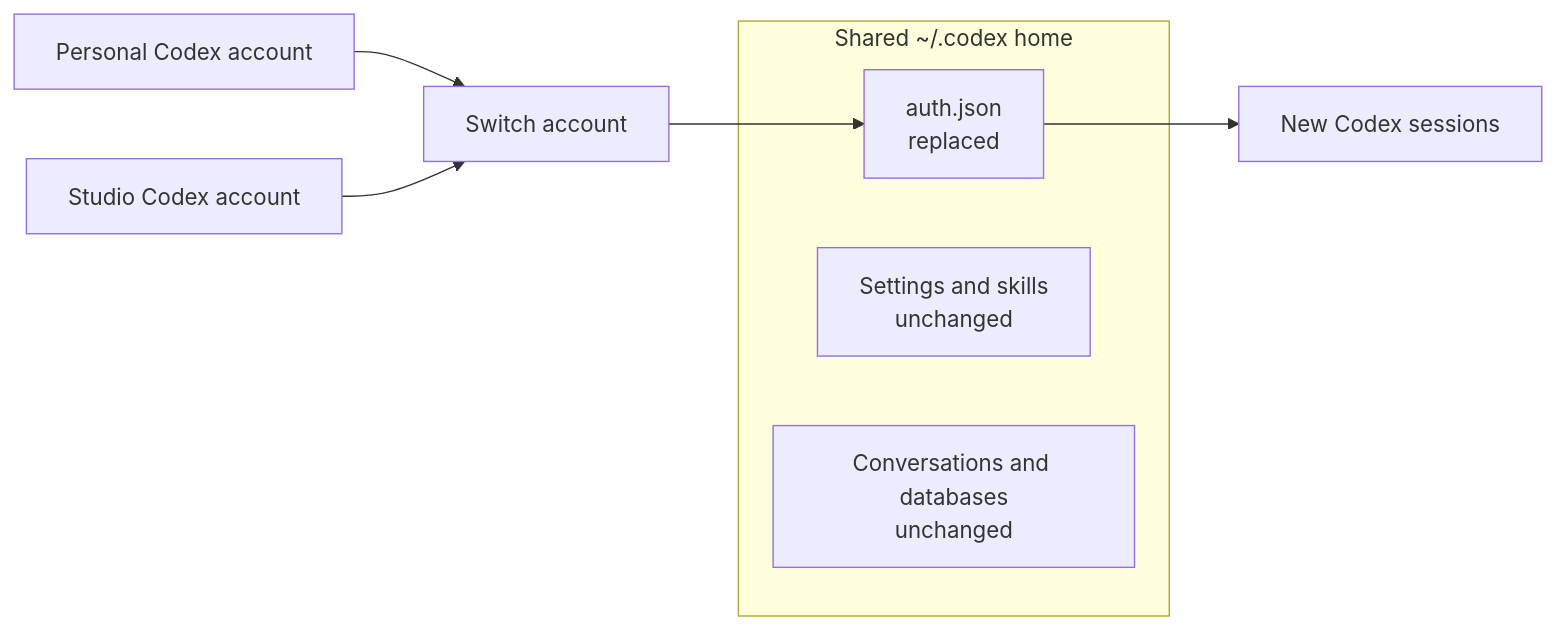
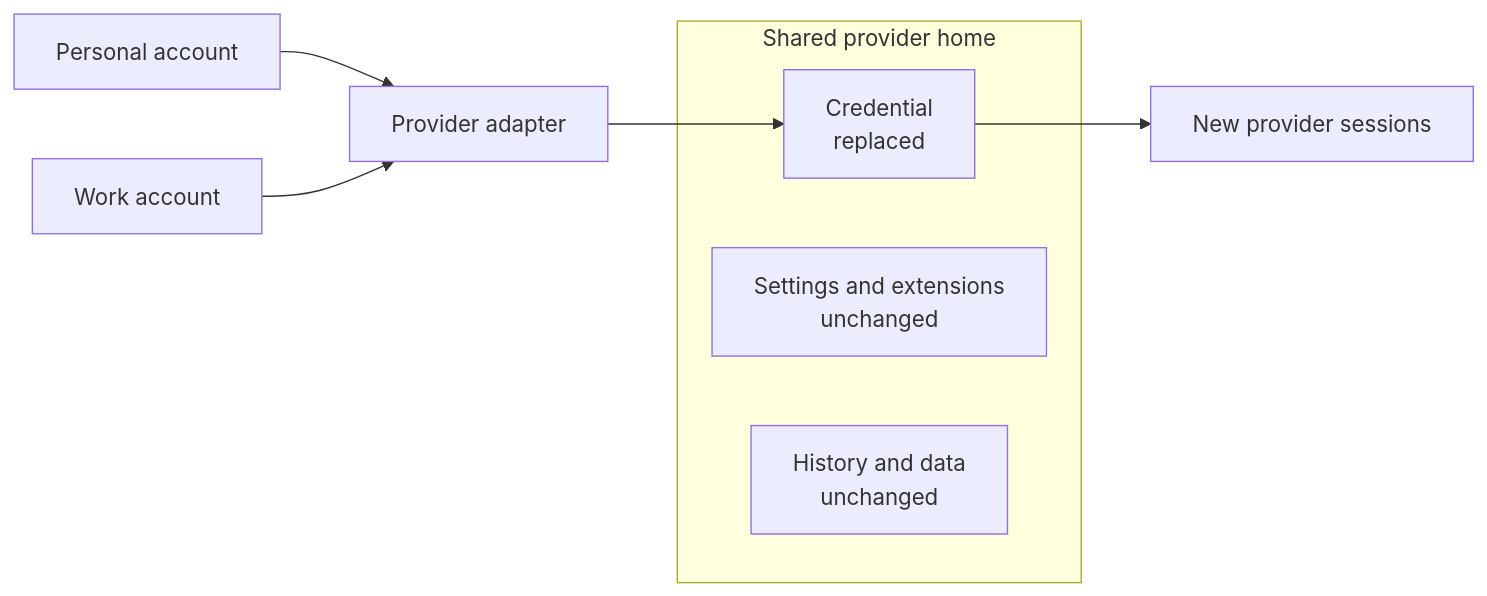
The diagram in README.md (surajmandalcell/switch), drawn with Mermaid before and after one commit. The commit also changed other lines of this file and 4 other files, not shown here.

````diff
--- a/README.md
+++ b/README.md
@@ -83,11 +83,11 @@
 ```mermaid
 flowchart LR
-    A["Personal Codex account"] --> S["Switch account"]
-    B["Studio Codex account"] --> S
-    subgraph H["Shared ~/.codex home"]
-        AUTH["auth.json<br/>replaced"]
-        CONFIG["Settings and skills<br/>unchanged"]
-        CHATS["Conversations and databases<br/>unchanged"]
+    A["Personal account"] --> S["Provider adapter"]
+    B["Work account"] --> S
+    subgraph H["Shared provider home"]
+        AUTH["Credential<br/>replaced"]
+        CONFIG["Settings and extensions<br/>unchanged"]
+        HISTORY["History and data<br/>unchanged"]
     end
-    S --> AUTH --> NEW["New Codex sessions"]
+    S --> AUTH --> NEW["New provider sessions"]
 ```
````
